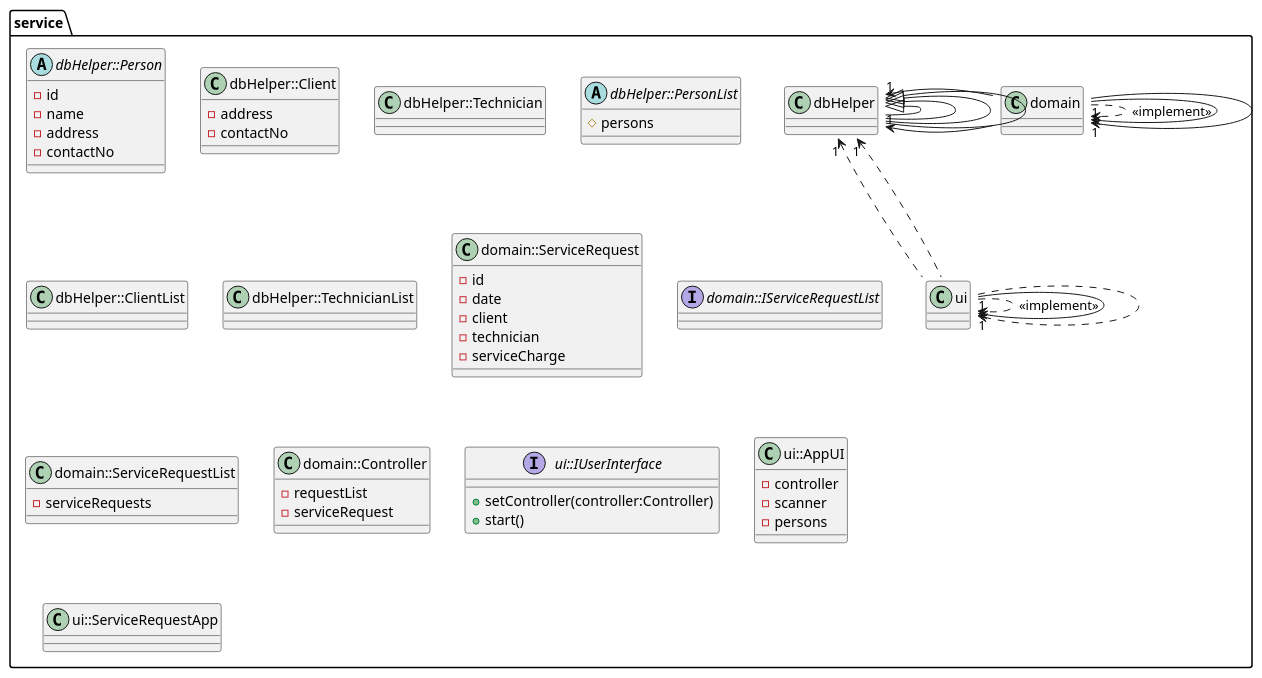
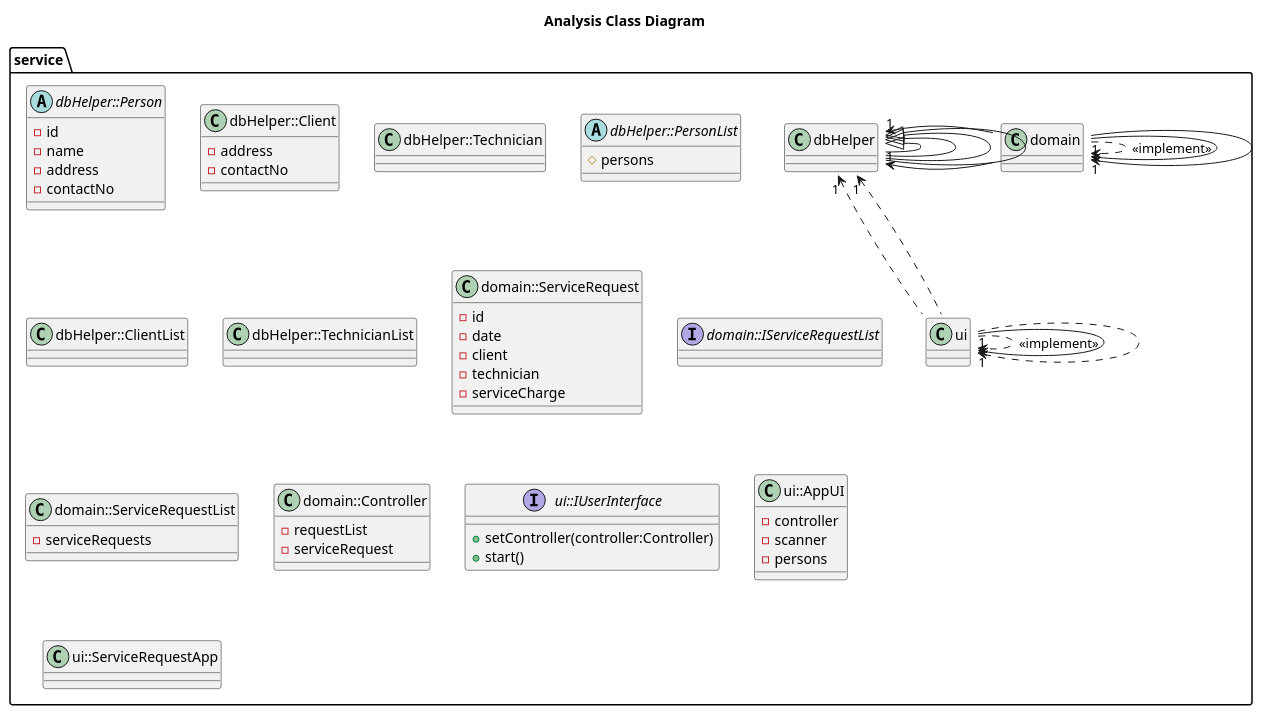
Before and after one commit to WLun001/service-request-app: the diagram in UML/ClassDiagram/AnalysisClassDiagram.puml, drawn with PlantUML. The commit also changed 4 other files, not shown here.

Commit message:
added title for each diagram

```diff
--- a/UML/ClassDiagram/AnalysisClassDiagram.puml
+++ b/UML/ClassDiagram/AnalysisClassDiagram.puml
@@ -1,81 +1,82 @@
 @startuml
+title Analysis Class Diagram
 service.dbHelper::Person <|-- service.dbHelper::Client
 service.dbHelper::Person <|-- service.dbHelper::Technician
 
 service.dbHelper::PersonList <|-- service.dbHelper::ClientList
 service.dbHelper::PersonList <|-- service.dbHelper::TechnicianList
 
 service.domain::ServiceRequest --> "1" service.dbHelper::Technician
 service.domain::ServiceRequest -left-> "1" service.dbHelper::Client
 
 service.domain::ServiceRequestList ..> service.domain::IServiceRequestList : <<implement>>
 
 service.domain::Controller --> "1" service.domain::ServiceRequest
 service.domain::Controller --> "1" service.domain::IServiceRequestList
 
 service.ui::AppUI .right.> service.ui::IUserInterface : <<implement>>
 service.ui::ServiceRequestApp --> "1" service.ui::IUserInterface
 service.ui::ServiceRequestApp .up.> "1" service.dbHelper::TechnicianList
 service.ui::ServiceRequestApp .up.> "1" service.dbHelper::ClientList
 service.ui::ServiceRequestApp ..> "1" service.ui::AppUI
 
 abstract class service.dbHelper::Person{
  -id
  -name
  -address
  -contactNo
 }
 
 class service.dbHelper::Client{
  -address
  -contactNo
 }
 
 class service.dbHelper::Technician{
 }
 
 abstract class service.dbHelper::PersonList{
  #persons
 }
 
 class service.dbHelper::ClientList{
 }
 
 class service.dbHelper::TechnicianList{
 }
 
 class service.domain::ServiceRequest{
  -id
  -date
  -client
  -technician
  -serviceCharge
 }
 
 interface service.domain::IServiceRequestList{
 }
 
 
 class service.domain::ServiceRequestList{
  -serviceRequests
 }
 
 class service.domain::Controller{
  -requestList
  -serviceRequest
 }
 
 interface service.ui::IUserInterface{
  +setController(controller:Controller)
  +start()
 }
 
 class service.ui::AppUI{
  -controller
  -scanner
  -persons
 }
 
 class service.ui::ServiceRequestApp{
 }
 @enduml
```
